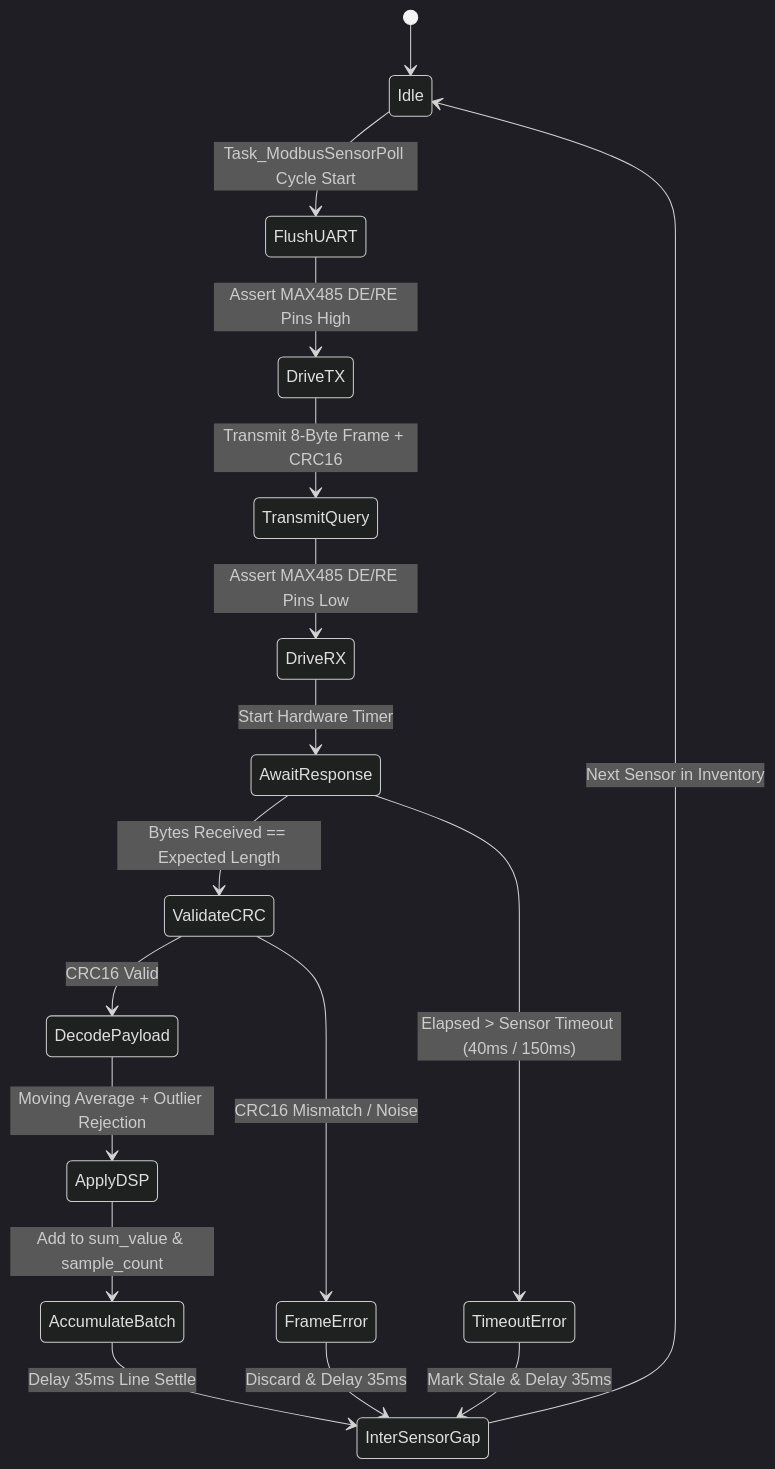
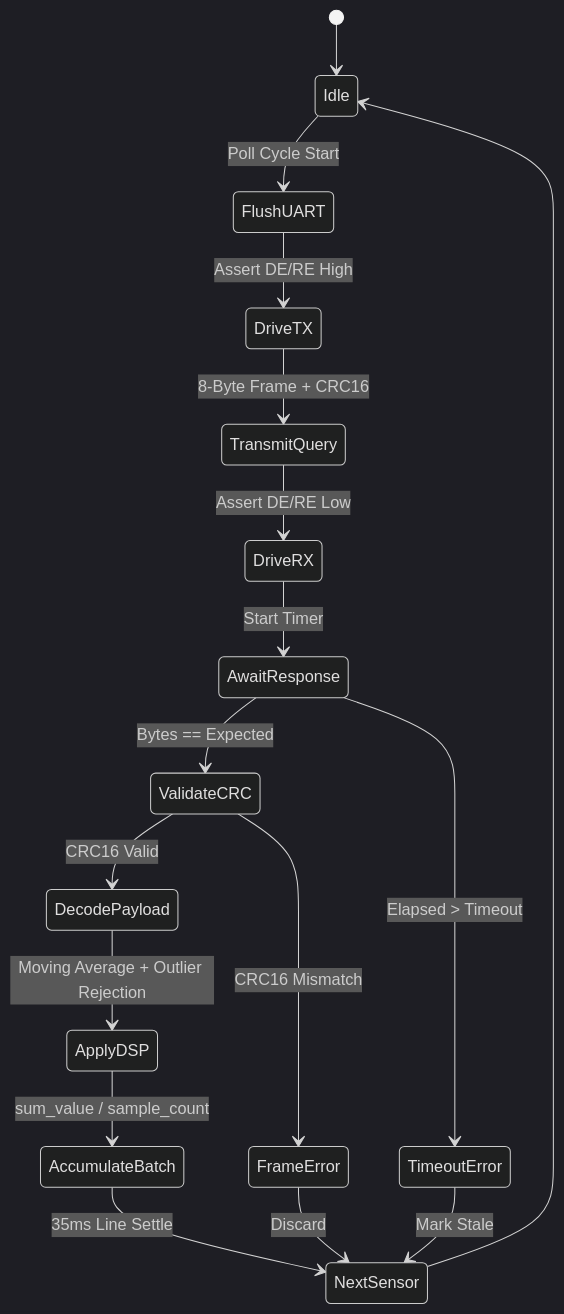
One commit to IGNOVA-SYSTEMS-INTEGRATION/KONTRX changed the second of 3 diagrams in README.md. Above: the diagram before and after it, drawn with Mermaid (dark theme). The commit also changed other lines of this file, not shown here.

````diff
--- a/README.md
+++ b/README.md
@@ -310,19 +283,19 @@
 ```mermaid
 stateDiagram-v2
     [*] --> Idle
-    Idle --> FlushUART: Task_ModbusSensorPoll Cycle Start
-    FlushUART --> DriveTX: Assert MAX485 DE/RE Pins High
-    DriveTX --> TransmitQuery: Transmit 8-Byte Frame + CRC16
-    TransmitQuery --> DriveRX: Assert MAX485 DE/RE Pins Low
-    DriveRX --> AwaitResponse: Start Hardware Timer
-    AwaitResponse --> ValidateCRC: Bytes Received == Expected Length
-    AwaitResponse --> TimeoutError: Elapsed > Sensor Timeout (40ms / 150ms)
+    Idle --> FlushUART: Poll Cycle Start
+    FlushUART --> DriveTX: Assert DE/RE High
+    DriveTX --> TransmitQuery: 8-Byte Frame + CRC16
+    TransmitQuery --> DriveRX: Assert DE/RE Low
+    DriveRX --> AwaitResponse: Start Timer
+    AwaitResponse --> ValidateCRC: Bytes == Expected
+    AwaitResponse --> TimeoutError: Elapsed > Timeout
     ValidateCRC --> DecodePayload: CRC16 Valid
-    ValidateCRC --> FrameError: CRC16 Mismatch / Noise
+    ValidateCRC --> FrameError: CRC16 Mismatch
     DecodePayload --> ApplyDSP: Moving Average + Outlier Rejection
-    ApplyDSP --> AccumulateBatch: Add to sum_value & sample_count
-    AccumulateBatch --> InterSensorGap: Delay 35ms Line Settle
-    TimeoutError --> InterSensorGap: Mark Stale & Delay 35ms
-    FrameError --> InterSensorGap: Discard & Delay 35ms
-    InterSensorGap --> Idle: Next Sensor in Inventory
+    ApplyDSP --> AccumulateBatch: sum_value / sample_count
+    AccumulateBatch --> NextSensor: 35ms Line Settle
+    TimeoutError --> NextSensor: Mark Stale
+    FrameError --> NextSensor: Discard
+    NextSensor --> Idle
 ```
````
